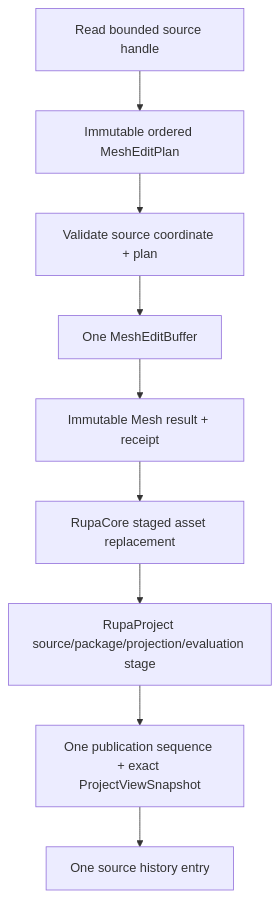
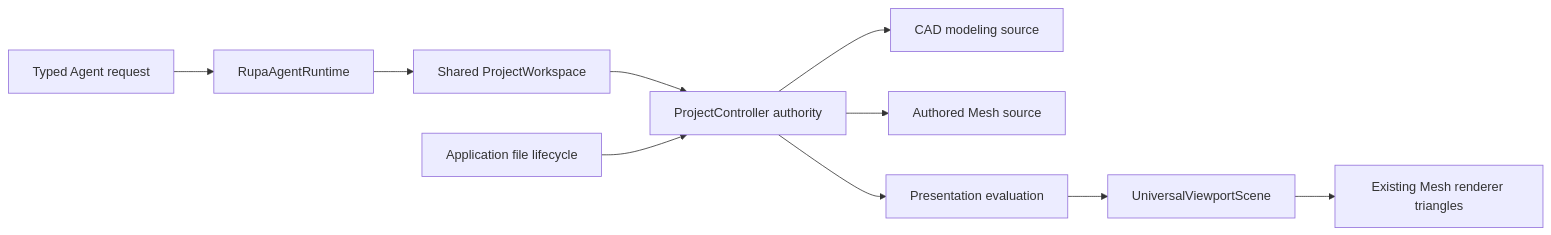
The first of 2 diagrams in DESIGN.md (1amageek/Rupa), drawn with Mermaid before and after one commit. The commit also changed other lines of this file and 7 other files, not shown here.

Commit message:
Define Agent project geometry integration

````diff
--- a/DESIGN.md
+++ b/DESIGN.md
@@ -81,11 +35,12 @@
 ```mermaid
-flowchart TD
-    Inspect["Read bounded source handle"] --> Plan["Immutable ordered MeshEditPlan"]
-    Plan --> Validate["Validate source coordinate + plan"]
-    Validate --> Stage["One MeshEditBuffer"]
-    Stage --> Result["Immutable Mesh result + receipt"]
-    Result --> SourceStage["RupaCore staged asset replacement"]
-    SourceStage --> ProjectStage["RupaProject source/package/projection/evaluation stage"]
-    ProjectStage --> Publish["One publication sequence + exact ProjectViewSnapshot"]
-    Publish --> Undo["One source history entry"]
+flowchart LR
+    Agent["Typed Agent request"] --> Runtime["RupaAgentRuntime"]
+    Runtime --> Workspace["Shared ProjectWorkspace"]
+    Workspace --> Project["ProjectController authority"]
+    Project --> CAD["CAD modeling source"]
+    Project --> Mesh["Authored Mesh source"]
+    Project --> Eval["Presentation evaluation"]
+    Eval --> Scene["UniversalViewportScene"]
+    Scene --> Render["Existing Mesh renderer triangles"]
+    App["Application file lifecycle"] --> Project
 ```
````
